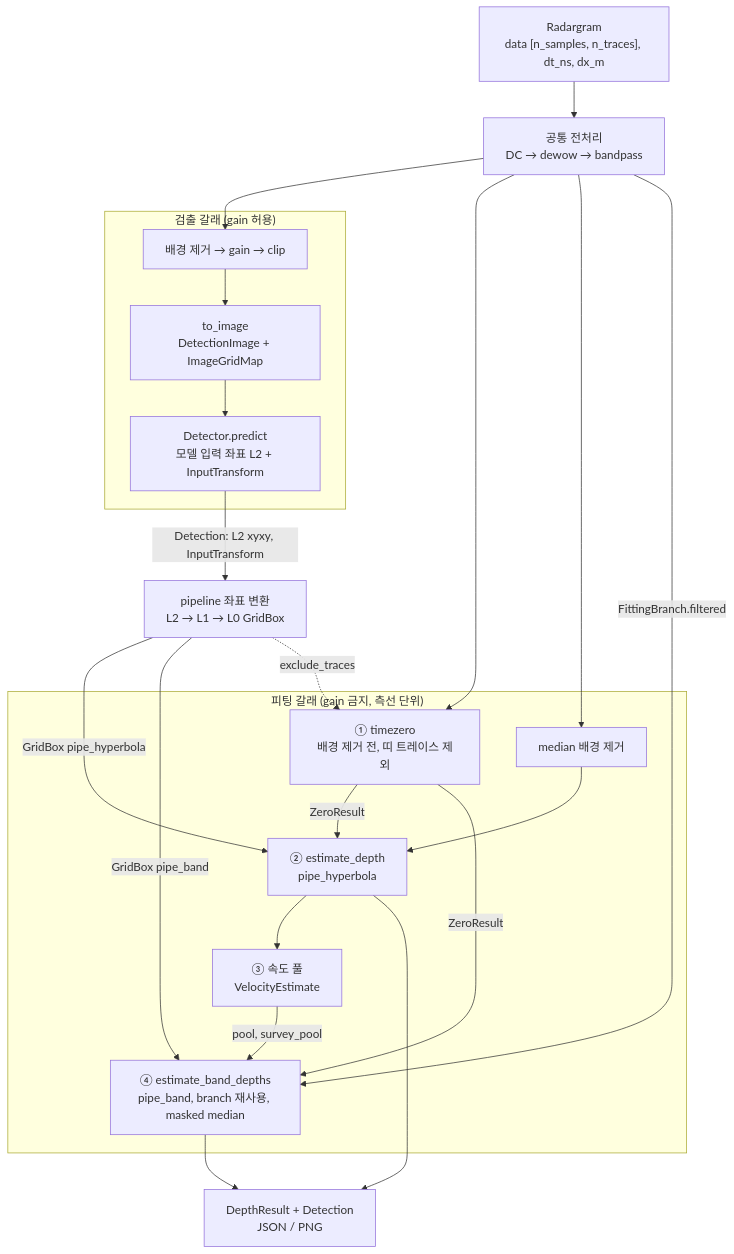
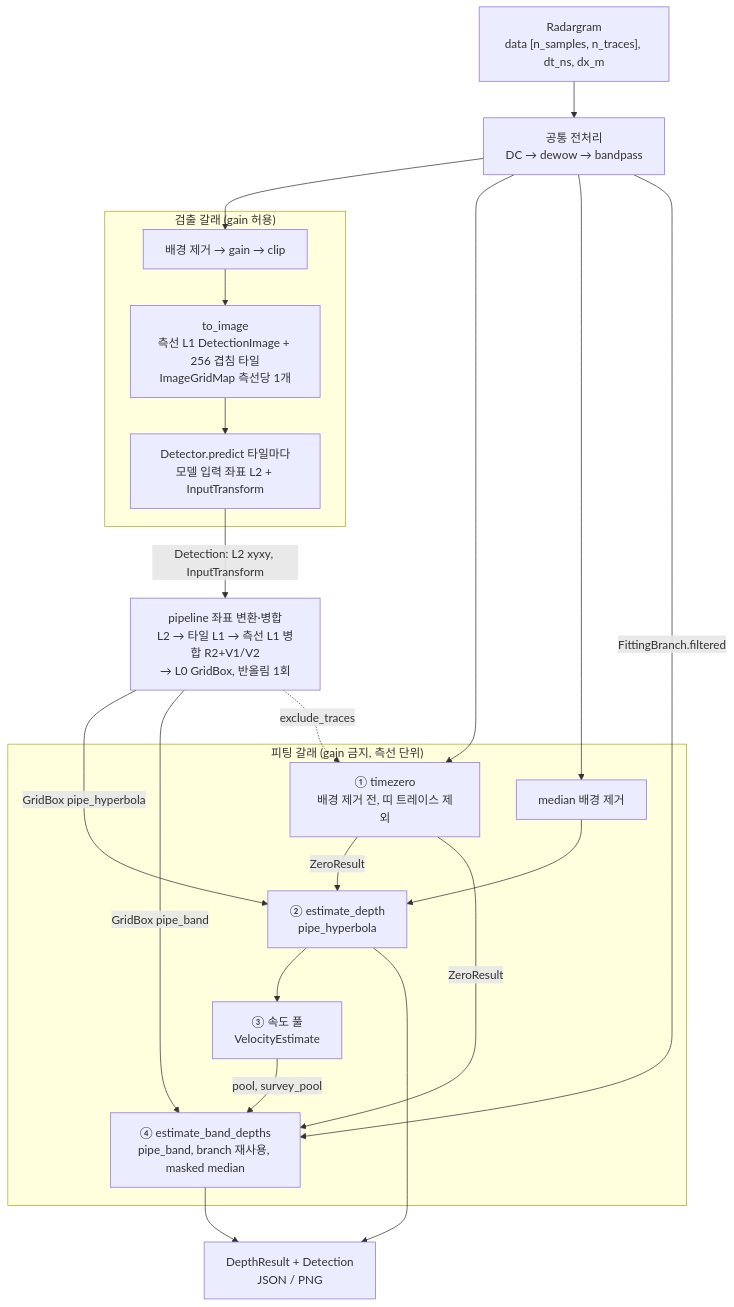
One commit to jinbeomjeong/gpr_detection changed the second of 2 diagrams in docs/architecture/README.md. Above: the diagram before and after it, drawn with Mermaid. The commit also changed other lines of this file and 22 other files, not shown here.

````diff
--- a/docs/architecture/README.md
+++ b/docs/architecture/README.md
@@ -134,35 +137,35 @@
 ```mermaid
 flowchart TB
   rg["Radargram<br/>data [n_samples, n_traces], dt_ns, dx_m"]
   common["공통 전처리<br/>DC → dewow → bandpass"]
   subgraph detBranch["검출 갈래 (gain 허용)"]
     bgD["배경 제거 → gain → clip"]
-    toImg["to_image<br/>DetectionImage + ImageGridMap"]
-    detector["Detector.predict<br/>모델 입력 좌표 L2 + InputTransform"]
+    toImg["to_image<br/>측선 L1 DetectionImage + 256 겹침 타일<br/>ImageGridMap 측선당 1개"]
+    detector["Detector.predict 타일마다<br/>모델 입력 좌표 L2 + InputTransform"]
   end
-  mapBox["pipeline 좌표 변환<br/>L2 → L1 → L0 GridBox"]
+  mapBox["pipeline 좌표 변환·병합<br/>L2 → 타일 L1 → 측선 L1 병합 R2+V1/V2<br/>→ L0 GridBox, 반올림 1회"]
   subgraph depthBranch["피팅 갈래 (gain 금지, 측선 단위)"]
     tz["① timezero<br/>배경 제거 전, 띠 트레이스 제외"]
     bgF["median 배경 제거"]
     est["② estimate_depth<br/>pipe_hyperbola"]
     vPool["③ 속도 풀<br/>VelocityEstimate"]
     bandEst["④ estimate_band_depths<br/>pipe_band, branch 재사용, masked median"]
   end
   out["DepthResult + Detection<br/>JSON / PNG"]
   rg --> common
   common --> bgD --> toImg --> detector
   detector -->|"Detection: L2 xyxy, InputTransform"| mapBox
   common --> tz
   common --> bgF
   common -->|"FittingBranch.filtered"| bandEst
   mapBox -->|"GridBox pipe_hyperbola"| est
   mapBox -->|"GridBox pipe_band"| bandEst
   mapBox -.->|"exclude_traces"| tz
   tz -->|"ZeroResult"| est
   tz -->|"ZeroResult"| bandEst
   bgF --> est
   est --> vPool
   vPool -->|"pool, survey_pool"| bandEst
   est --> out
   bandEst --> out
 ```
````
